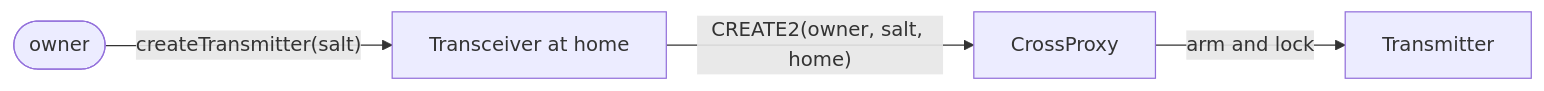
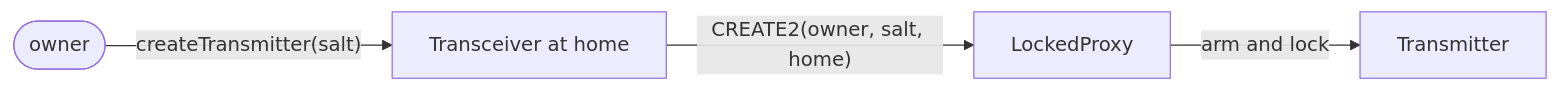
Before and after one commit to crossecute/protocol: the first of 5 diagrams in README.md, drawn with Mermaid. The commit also changed other lines of this file and 93 other files, not shown here.

First line of the commit message:
refactor: rename CrossProxy to LockedProxy and drop Cross from conduit names

````diff
--- a/README.md
+++ b/README.md
@@ -89,6 +89,6 @@
 ```mermaid
 flowchart LR
     Owner([owner]) -->|"createTransmitter(salt)"| T[Transceiver at home]
-    T -->|"CREATE2(owner, salt, home)"| Proxy[CrossProxy]
+    T -->|"CREATE2(owner, salt, home)"| Proxy[LockedProxy]
     Proxy -->|"arm and lock"| Tx[Transmitter]
 ```
````
